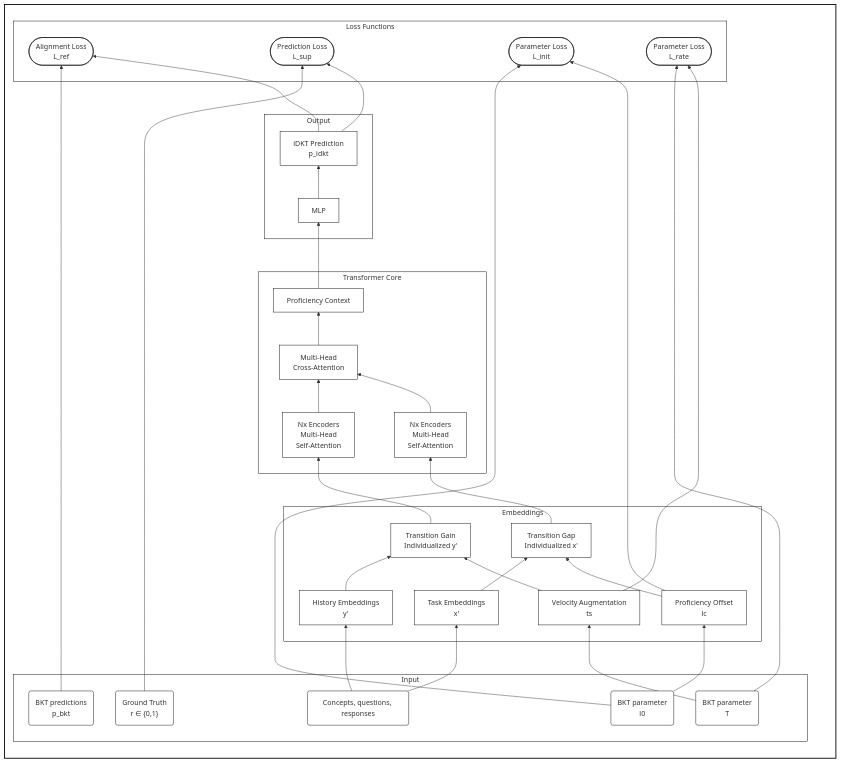
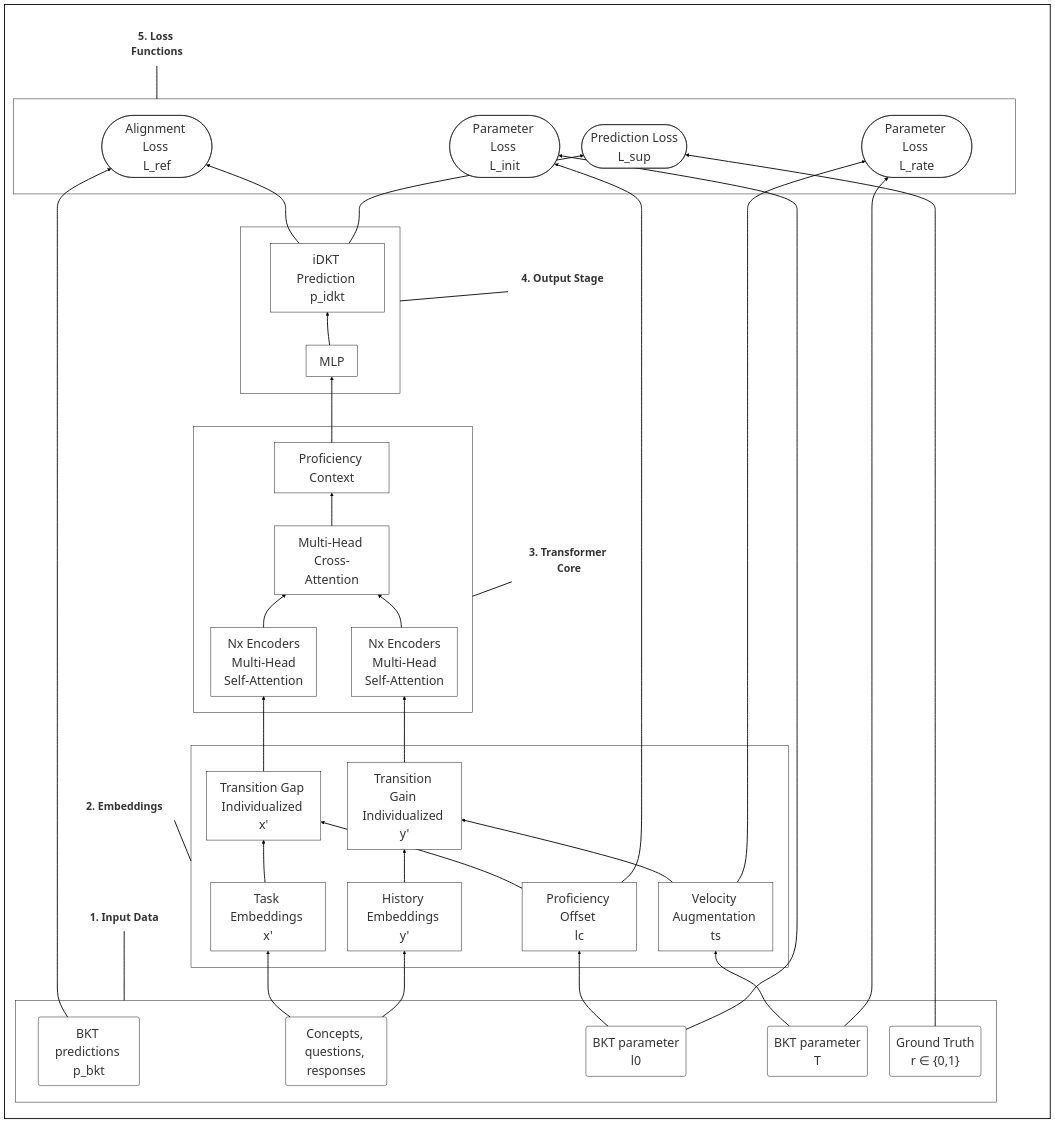
One commit to clabra/pykt-toolkit changed the second of 4 diagrams in paper/idkt.md. Above: the diagram before and after it, drawn with Mermaid. The commit also changed 15 other files, not shown here.

````diff
--- a/paper/idkt.md
+++ b/paper/idkt.md
@@ -384,13 +384,57 @@
 ```mermaid
-graph BT
-    classDef whiteNode fill:#fff,stroke:#000,stroke-width:1px;
+flowchart BT
+    classDef whiteNode fill:#fff,stroke:#000,stroke-width:1px,font-size:28px;
+    classDef titleNode fill:none,stroke:none,font-weight:bold,font-size:24px;
 
     subgraph Root [" "]
         direction BT
         style Root fill:#fff,stroke:#000,stroke-width:2px;
 
+        %% Titles
+        Loss_Title["5. Loss Functions"]:::titleNode
+        Output_Title["4. Output Stage"]:::titleNode
+        Transformer_Title["3. Transformer Core"]:::titleNode
+        Embed_Title["2. Embeddings"]:::titleNode
+        Input_Title["1. Input Data"]:::titleNode
+
+        %% Loss Stage (Top)
+        subgraph Loss_Stage [" "]
+            style Loss_Stage fill:#fff,stroke:#000,stroke-width:1px;
+            Loss_Ref(["Alignment Loss <br/>L_ref"])
+            Loss_sup(["Prediction Loss <br/>L_sup"])
+            Loss_init(["Parameter Loss <br/>L_init"])
+            Loss_rate(["Parameter Loss <br/>L_rate"])
+        end
+
+        %% Prediction Stage
+        subgraph Output_Stage [" "]
+            style Output_Stage fill:#fff,stroke:#000,stroke-width:1px;
+            MLP["MLP"]
+            Pred["iDKT Prediction <br/>p_idkt"]
+        end
+
+        %% Core Transformer Stage
+        subgraph Transformer_Core [" "]
+            style Transformer_Core fill:#fff,stroke:#000,stroke-width:1px;
+            Encoders["Nx Encoders <br/> Multi-Head <br/>Self-Attention"]
+            Encoders_Task["Nx Encoders <br/> Multi-Head <br/>Self-Attention"]
+            Decoders["Multi-Head <br/>Cross-Attention"]
+            LatentState["Proficiency Context"]
+        end
+
+        %% Embeddings Stage
+        subgraph Individualization [" "]
+            style Individualization fill:#fff,stroke:#000,stroke-width:1px;
+            CQ_Embed["Task Embeddings <br/>x'"]
+            Hist_Embed["History Embeddings <br/>y'"]
+            LC_Offset["Proficiency Offset <br/>lc"]
+            TS_Aug["Velocity Augmentation <br/>ts"]
+            XT["Transition Gap <br/>Individualized x'"]
+            YT["Transition Gain <br/>Individualized y'"]
+        end
+
         %% Input Stage (Bottom)
-        subgraph Input_Data [Input]
+        subgraph Input_Data [" "]
             style Input_Data fill:#fff,stroke:#000,stroke-width:1px;
             BKT_Targets("BKT predictions <br/>p_bkt")
             IDs("Concepts, questions, responses")
@@ -399,72 +443,54 @@
             BKT_T("BKT parameter <br/>T")
         end
 
-        %% Embeddings Stage
-        subgraph Individualization [Embeddings]
-            style Individualization fill:#fff,stroke:#000,stroke-width:1px;
-            CQ_Embed["Task Embeddings <br/>x'"]
-            Hist_Embed["History Embeddings <br/>y'"]
-            LC_Offset["Proficiency Offset <br/>lc"]
-            TS_Aug["Velocity Augmentation <br/>ts"]
-            XT["Transition Gap <br/>Individualized x'"]
-            YT["Transition Gain <br/>Individualized y'"]
+        %% Position Titles (Closer via ~~~)
+        Input_Data ~~~ Input_Title
+        Individualization ~~~ Embed_Title
+        Transformer_Core ~~~ Transformer_Title
+        Output_Stage ~~~ Output_Title
+        Loss_Stage ~~~ Loss_Title
 
-            IDs --> CQ_Embed
-            IDs --> Hist_Embed
-            BKT_l0 --> LC_Offset
-            BKT_T --> TS_Aug
-            LC_Offset --> XT
-            CQ_Embed --> XT
-            TS_Aug --> YT
-            Hist_Embed --> YT
-        end
+        %% --- Internal Connections ---
+        LatentState --> MLP
+        MLP --> Pred
+        
+        Encoders_Task --> Decoders
+        Encoders --> Decoders
+        Decoders --> LatentState
 
-        %% Core Transformer Stage
-        subgraph Transformer_Core [Transformer Core]
-            style Transformer_Core fill:#fff,stroke:#000,stroke-width:1px;
-            Encoders["Nx Encoders <br/> Multi-Head <br/>Self-Attention"]
-            Encoders_Task["Nx Encoders <br/> Multi-Head <br/>Self-Attention"]
-            Decoders["Multi-Head <br/>Cross-Attention"]
-            LatentState["Proficiency Context"]
+        %% --- Cross-Stage Connections ---
+        %% Input -> Embeddings
+        IDs --> CQ_Embed
+        IDs --> Hist_Embed
+        BKT_l0 --> LC_Offset
+        BKT_T --> TS_Aug
 
-            YT --> Encoders
-            XT --> Encoders_Task
-            Encoders_Task --> Decoders
-            Encoders --> Decoders
-            Decoders --> LatentState
-        end
+        %% Embeddings -> Core
+        LC_Offset --> XT
+        CQ_Embed --> XT
+        TS_Aug --> YT
+        Hist_Embed --> YT
+        YT --> Encoders
+        XT --> Encoders_Task
 
-        %% Prediction Stage
-        subgraph Output_Stage [Output]
-            style Output_Stage fill:#fff,stroke:#000,stroke-width:1px;
-            MLP["MLP"]
-            Pred["iDKT Prediction <br/>p_idkt"]
+        %% Output -> Loss
+        Pred --> Loss_Ref
+        BKT_Targets --> Loss_Ref
+        Pred --> Loss_sup
+        GroundTruth --> Loss_sup
 
-            LatentState --> MLP
-            MLP --> Pred
-        end
-
-        %% Loss Stage (Top)
-        subgraph Loss_Stage [Loss Functions]
-            style Loss_Stage fill:#fff,stroke:#000,stroke-width:1px;
-            Loss_Ref(["Alignment Loss <br/>L_ref"])
-            Loss_sup(["Prediction Loss <br/>L_sup"])
-            Loss_init(["Parameter Loss <br/>L_init"])
-            Loss_rate(["Parameter Loss <br/>L_rate"])
-
-            Pred --> Loss_Ref
-            BKT_Targets --> Loss_Ref
-            Pred --> Loss_sup
-            GroundTruth --> Loss_sup
-            LC_Offset --> Loss_init
-            BKT_l0 --> Loss_init
-            TS_Aug --> Loss_rate
-            BKT_T --> Loss_rate
-        end
+        %% Embeddings -> Loss
+        LC_Offset --> Loss_init
+        BKT_l0 --> Loss_init
+        TS_Aug --> Loss_rate
+        BKT_T --> Loss_rate
     end
 
     %% Apply Style to Nodes
     class IDs,GroundTruth,BKT_Targets,BKT_l0,BKT_T,CQ_Embed,Hist_Embed,LC_Offset,TS_Aug,XT,YT whiteNode;
     class Encoders,Encoders_Task,Decoders,LatentState,MLP,Pred whiteNode;
     class Loss_Ref,Loss_sup,Loss_init,Loss_rate whiteNode;
+    
+    %% Connection Styling
+    linkStyle default stroke-width:2px,stroke:black
 ```
````
